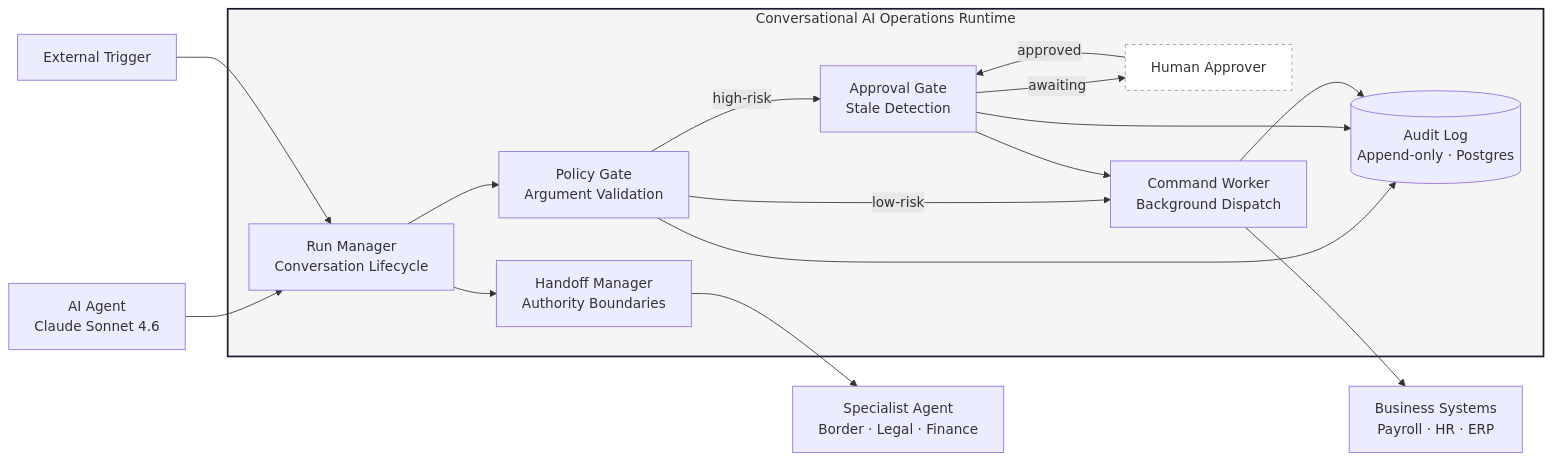
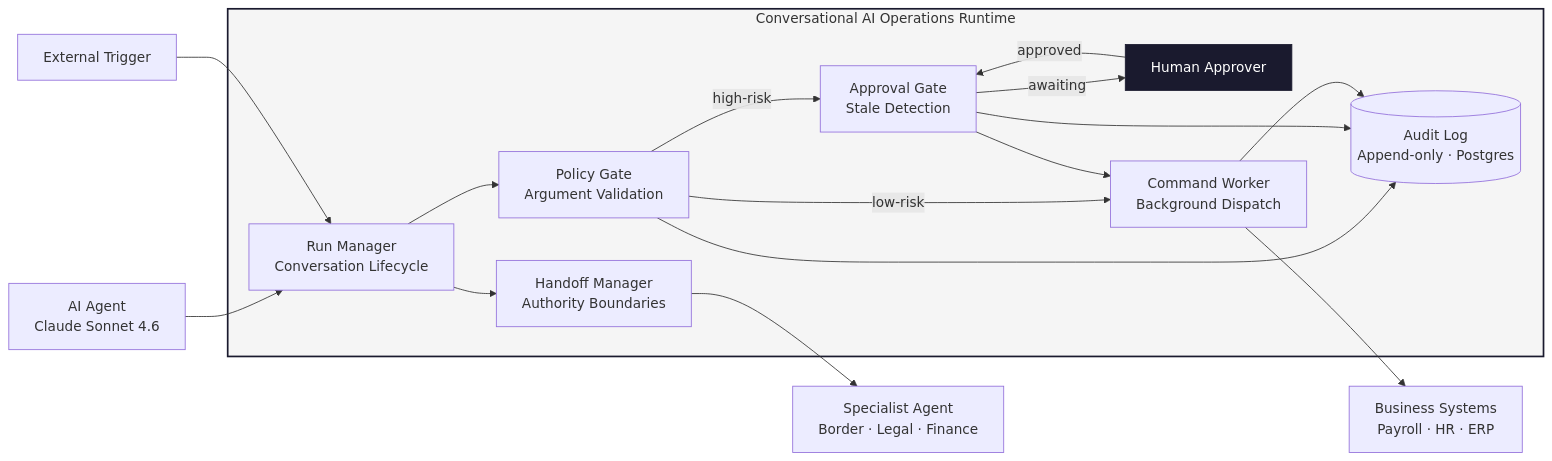
One commit to nenedesign/conversational-ops-runtime changed the first of 2 diagrams in README.md. Above: the diagram before and after it, drawn with Mermaid.

Commit message:
Darken Human Approver node to black in architecture diagram

````diff
--- a/README.md
+++ b/README.md
@@ -11,32 +11,32 @@
 ```mermaid
 flowchart LR
     A[AI Agent\nClaude Sonnet 4.6] --> RL
     T[External Trigger] --> RL
 
     subgraph Runtime [Conversational AI Operations Runtime]
         RL[Run Manager\nConversation Lifecycle]
         PG[Policy Gate\nArgument Validation]
         AG[Approval Gate\nStale Detection]
         H[Human Approver]
         CW[Command Worker\nBackground Dispatch]
         HM[Handoff Manager\nAuthority Boundaries]
         AL[(Audit Log\nAppend-only · Postgres)]
 
         RL --> PG
         RL --> HM
         PG -->|low-risk| CW
         PG -->|high-risk| AG
         AG -->|awaiting| H
         H -->|approved| AG
         AG --> CW
         PG --> AL
         AG --> AL
         CW --> AL
     end
 
     CW --> BS[Business Systems\nPayroll · HR · ERP]
     HM --> TA[Specialist Agent\nBorder · Legal · Finance]
 
     style Runtime fill:#f5f5f5,stroke:#1A1A2E,stroke-width:2px
-    style H fill:#ffffff,stroke:#999999,stroke-dasharray:4
+    style H fill:#1A1A2E,color:#ffffff,stroke:#1A1A2E
 ```
````
